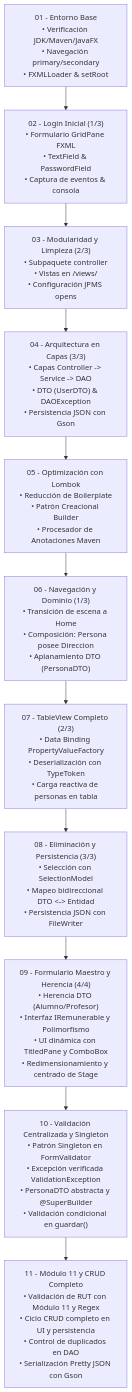
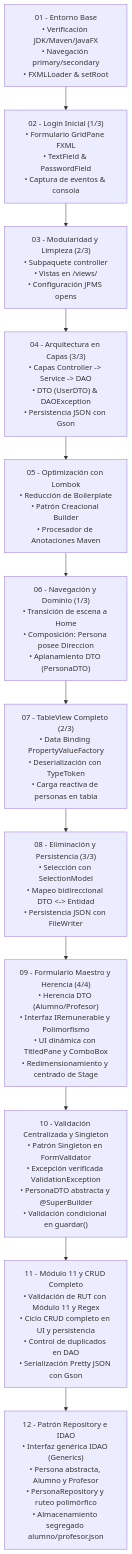
Before and after one commit to elprofecarreno/poo-javafx: the first of 2 diagrams in README.md, drawn with Mermaid. The commit also changed other lines of this file and 47 other files, not shown here.

````diff
--- a/README.md
+++ b/README.md
@@ -26,25 +26,27 @@
 ```mermaid
 flowchart TD
     P01["01 - Entorno Base\n• Verificación JDK/Maven/JavaFX\n• Navegación primary/secondary\n• FXMLLoader & setRoot"]
     P02["02 - Login Inicial (1/3)\n• Formulario GridPane FXML\n• TextField & PasswordField\n• Captura de eventos & consola"]
     P03["03 - Modularidad y Limpieza (2/3)\n• Subpaquete controller\n• Vistas en /views/\n• Configuración JPMS opens"]
     P04["04 - Arquitectura en Capas (3/3)\n• Capas Controller -> Service -> DAO\n• DTO (UserDTO) & DAOException\n• Persistencia JSON con Gson"]
     P05["05 - Optimización con Lombok\n• Reducción de Boilerplate\n• Patrón Creacional Builder\n• Procesador de Anotaciones Maven"]
     P06["06 - Navegación y Dominio (1/3)\n• Transición de escena a Home\n• Composición: Persona posee Direccion\n• Aplanamiento DTO (PersonaDTO)"]
     P07["07 - TableView Completo (2/3)\n• Data Binding PropertyValueFactory\n• Deserialización con TypeToken\n• Carga reactiva de personas en tabla"]
     P08["08 - Eliminación y Persistencia (3/3)\n• Selección con SelectionModel\n• Mapeo bidireccional DTO <-> Entidad\n• Persistencia JSON con FileWriter"]
     P09["09 - Formulario Maestro y Herencia (4/4)\n• Herencia DTO (Alumno/Profesor)\n• Interfaz IRemunerable y Polimorfismo\n• UI dinámica con TitledPane y ComboBox\n• Redimensionamiento y centrado de Stage"]
     P10["10 - Validación Centralizada y Singleton\n• Patrón Singleton en FormValidator\n• Excepción verificada ValidationException\n• PersonaDTO abstracta y @SuperBuilder\n• Validación condicional en guardar()"]
     P11["11 - Módulo 11 y CRUD Completo\n• Validación de RUT con Módulo 11 y Regex\n• Ciclo CRUD completo en UI y persistencia\n• Control de duplicados en DAO\n• Serialización Pretty JSON con Gson"]
+    P12["12 - Patrón Repository e IDAO<T>\n• Interfaz genérica IDAO<T> (Generics)\n• Persona abstracta, Alumno y Profesor\n• PersonaRepository y ruteo polimórfico\n• Almacenamiento segregado alumno/profesor.json"]
 
     P01 --> P02
     P02 --> P03
     P03 --> P04
     P04 --> P05
     P05 --> P06
     P06 --> P07
     P07 --> P08
     P08 --> P09
     P09 --> P10
     P10 --> P11
+    P11 --> P12
 ```
````
